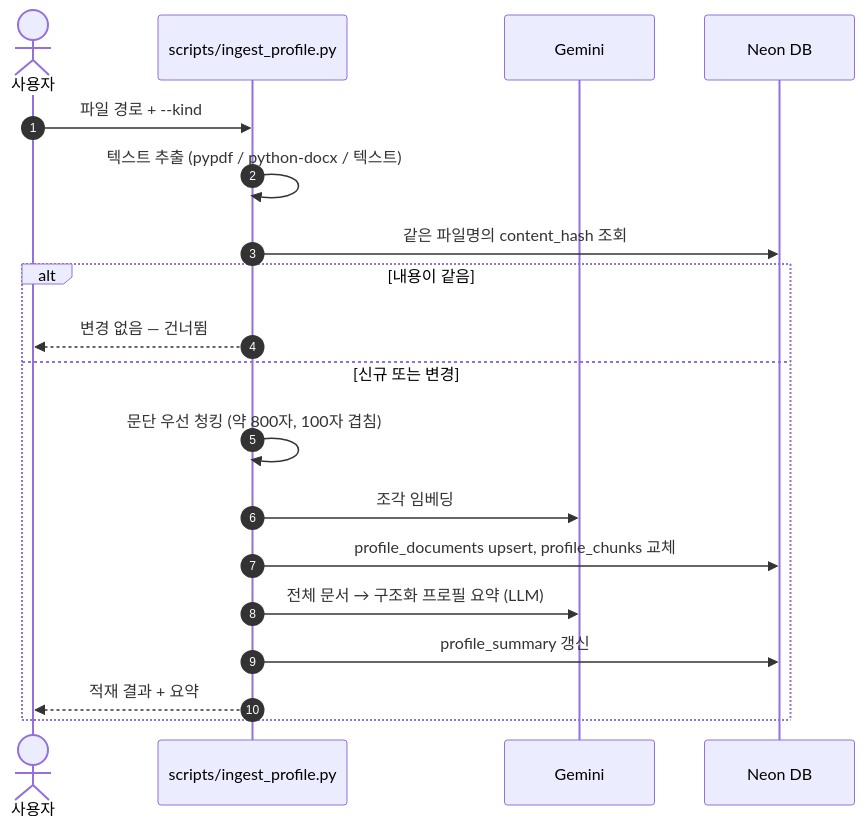
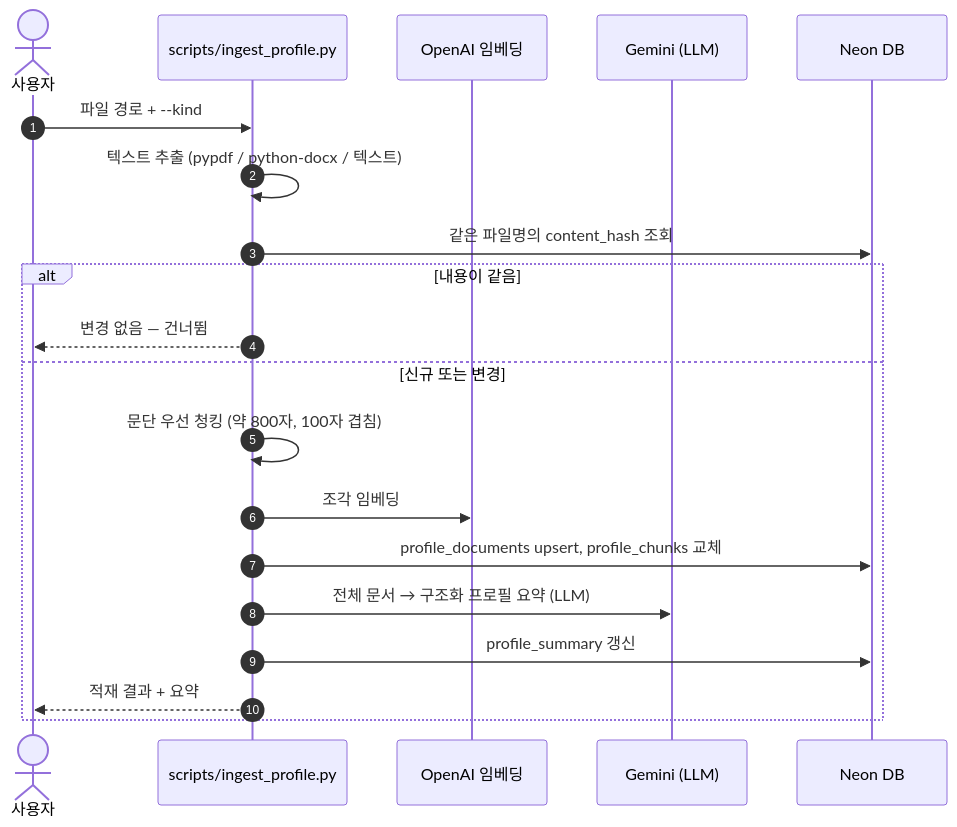
One commit to hymn-fly/recruit-posting-agent changed the fifth of 5 diagrams in README.md. Above: the diagram before and after it, drawn with Mermaid. The commit also changed other lines of this file and 4 other files, not shown here.

````diff
--- a/README.md
+++ b/README.md
@@ -230,22 +230,23 @@
 ```mermaid
 sequenceDiagram
     autonumber
     actor U as 사용자
     participant S as scripts/ingest_profile.py
-    participant GEM as Gemini
+    participant EMB as OpenAI 임베딩
+    participant GEM as Gemini (LLM)
     participant DB as Neon DB
 
     U->>S: 파일 경로 + --kind
     S->>S: 텍스트 추출 (pypdf / python-docx / 텍스트)
     S->>DB: 같은 파일명의 content_hash 조회
     alt 내용이 같음
         S-->>U: 변경 없음 — 건너뜀
     else 신규 또는 변경
         S->>S: 문단 우선 청킹 (약 800자, 100자 겹침)
-        S->>GEM: 조각 임베딩
+        S->>EMB: 조각 임베딩
         S->>DB: profile_documents upsert, profile_chunks 교체
         S->>GEM: 전체 문서 → 구조화 프로필 요약 (LLM)
         S->>DB: profile_summary 갱신
         S-->>U: 적재 결과 + 요약
     end
 ```
````
